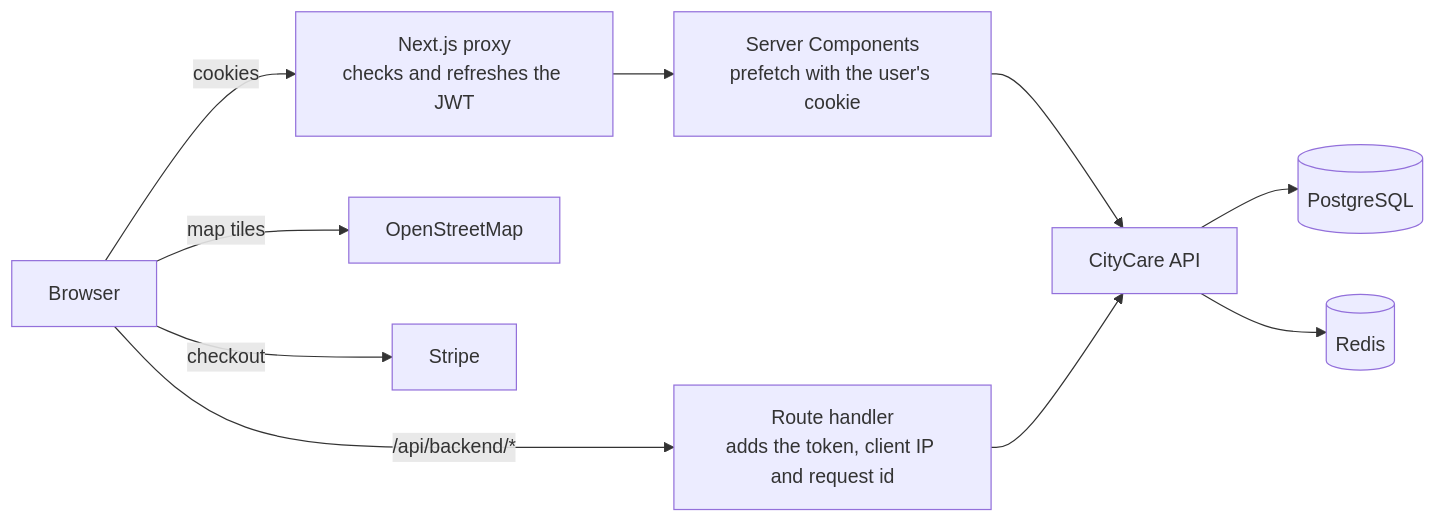
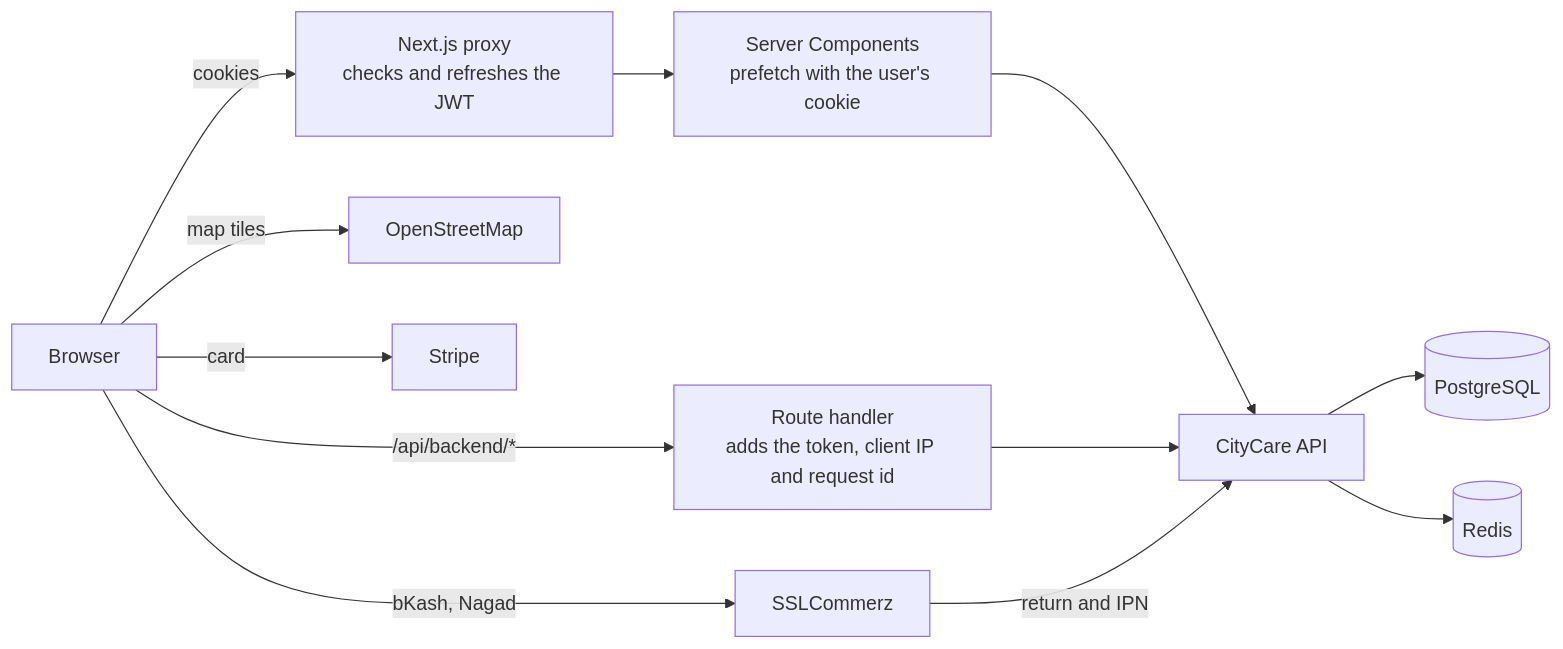
The diagram in README.md (ebrahim2355/citycare-frontend), drawn with Mermaid before and after one commit. The commit also changed other lines of this file, not shown here.

Commit message:
docs: describe card, bkash and nagad payments in the readme

````diff
--- a/README.md
+++ b/README.md
@@ -99,12 +99,14 @@
 ```mermaid
 flowchart LR
     Browser -->|cookies| Proxy["Next.js proxy<br/>checks and refreshes the JWT"]
     Proxy --> Pages["Server Components<br/>prefetch with the user's cookie"]
     Browser -->|"/api/backend/*"| BFF["Route handler<br/>adds the token, client IP and request id"]
     Pages --> API["CityCare API"]
     BFF --> API
     API --> Postgres[(PostgreSQL)]
     API --> Redis[(Redis)]
     Browser -->|map tiles| OSM[OpenStreetMap]
-    Browser -->|checkout| Stripe
+    Browser -->|card| Stripe
+    Browser -->|bKash, Nagad| SSLCommerz
+    SSLCommerz -->|return and IPN| API
 ```
````
